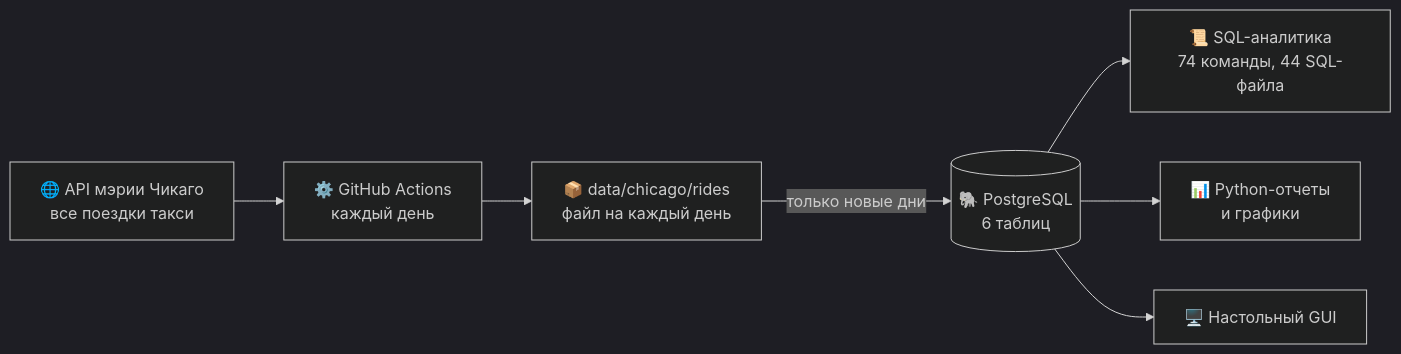
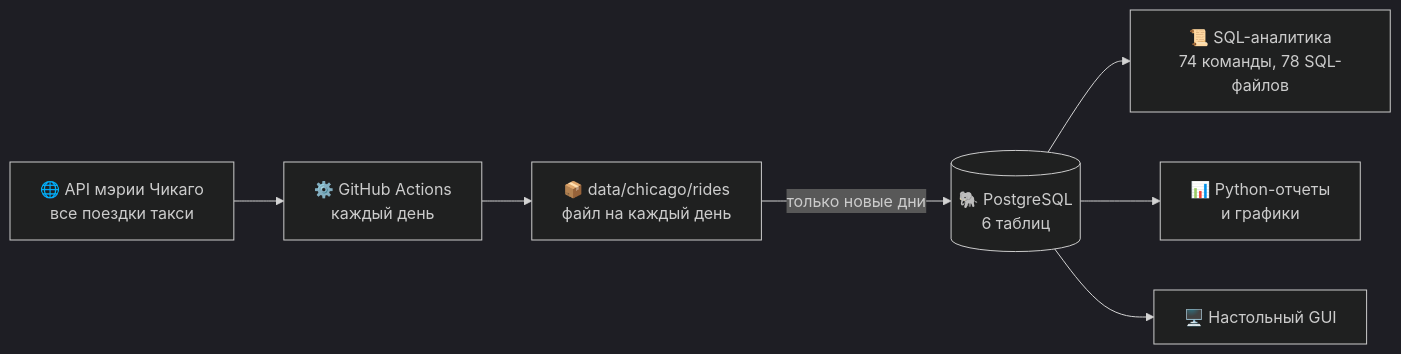
One commit to DarkSwordman999/TAXI-db changed the diagram in README.md. Above: the diagram before and after it, drawn with Mermaid (dark theme). The commit also changed other lines of this file and 1 other file, not shown here.

Commit message:
README: 204 автопроверки (186 сквозных и 18 модульных) и 78 SQL-файлов — после выноса запросов из help.sh в helper/

````diff
--- a/README.md
+++ b/README.md
@@ -136,15 +136,15 @@
 ```mermaid
 flowchart LR
     API["🌐 API мэрии Чикаго<br/>все поездки такси"]
     GH["⚙️ GitHub Actions<br/>каждый день"]
     CSV["📦 data/chicago/rides<br/>файл на каждый день"]
     DB[("🐘 PostgreSQL<br/>6 таблиц")]
-    SQL["📜 SQL-аналитика<br/>74 команды, 44 SQL-файла"]
+    SQL["📜 SQL-аналитика<br/>74 команды, 78 SQL-файлов"]
     PY["📊 Python-отчеты<br/>и графики"]
     GUI["🖥️ Настольный GUI"]
 
     API --> GH --> CSV -->|"только новые дни"| DB
     DB --> SQL
     DB --> PY
     DB --> GUI
 ```
````
